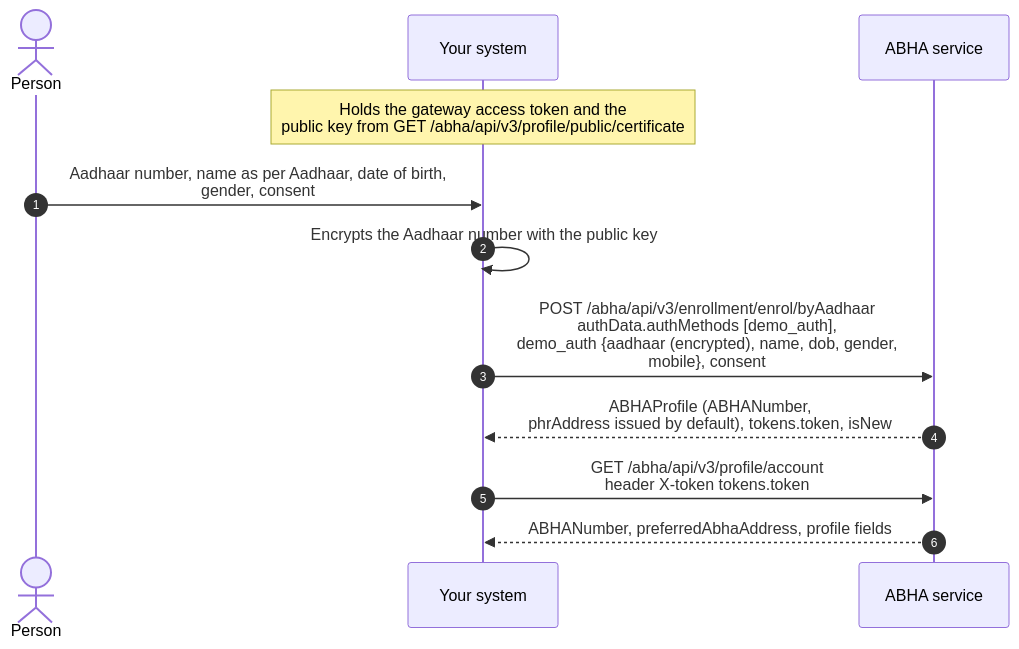
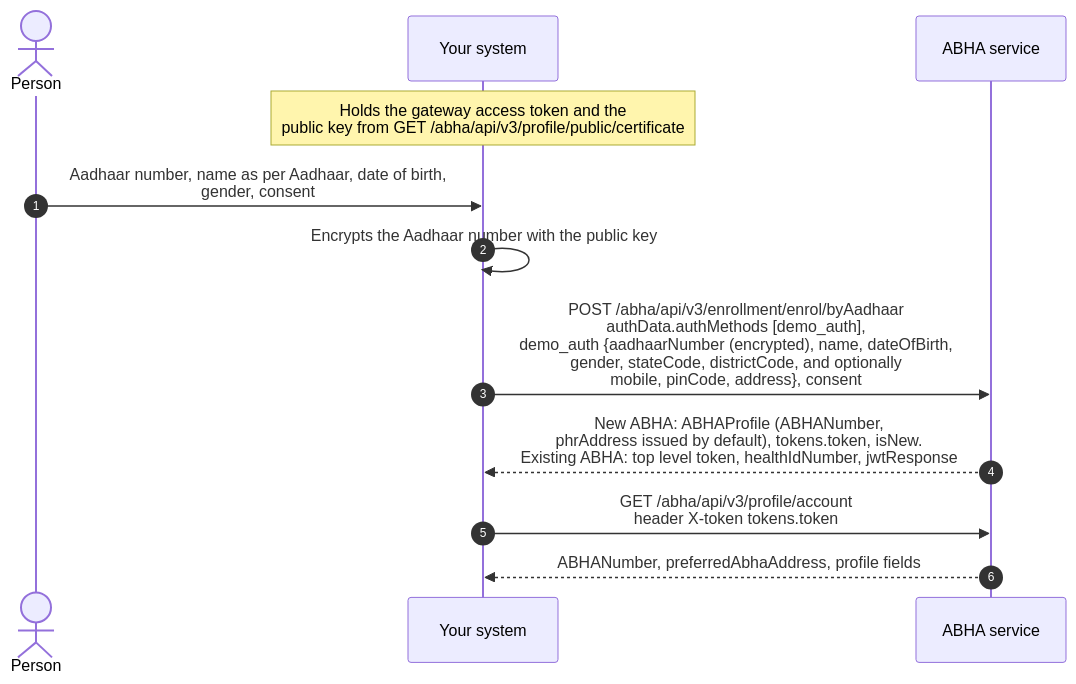
The third of 6 diagrams in site/docs/hiecm/v3/milestones/m1.mdx (nha-in/docs), drawn with Mermaid before and after one commit. The commit also changed other lines of this file and 30 other files, not shown here.

````diff
--- a/site/docs/hiecm/v3/milestones/m1.mdx
+++ b/site/docs/hiecm/v3/milestones/m1.mdx
@@ -198,14 +200,14 @@
 ```mermaid
 sequenceDiagram
     autonumber
     actor P as Person
     participant S as Your system
     participant A as ABHA service
     Note over S: Holds the gateway access token and the<br/>public key from GET /abha/api/v3/profile/public/certificate
     P->>S: Aadhaar number, name as per Aadhaar, date of birth,<br/>gender, consent
     S->>S: Encrypts the Aadhaar number with the public key
-    S->>A: POST /abha/api/v3/enrollment/enrol/byAadhaar<br/>authData.authMethods [demo_auth],<br/>demo_auth {aadhaar (encrypted), name, dob, gender,<br/>mobile}, consent
-    A-->>S: ABHAProfile (ABHANumber,<br/>phrAddress issued by default), tokens.token, isNew
+    S->>A: POST /abha/api/v3/enrollment/enrol/byAadhaar<br/>authData.authMethods [demo_auth],<br/>demo_auth {aadhaarNumber (encrypted), name, dateOfBirth,<br/>gender, stateCode, districtCode, and optionally<br/>mobile, pinCode, address}, consent
+    A-->>S: New ABHA: ABHAProfile (ABHANumber,<br/>phrAddress issued by default), tokens.token, isNew.<br/>Existing ABHA: top level token, healthIdNumber, jwtResponse
     S->>A: GET /abha/api/v3/profile/account<br/>header X-token tokens.token
     A-->>S: ABHANumber, preferredAbhaAddress, profile fields
 ```
````
